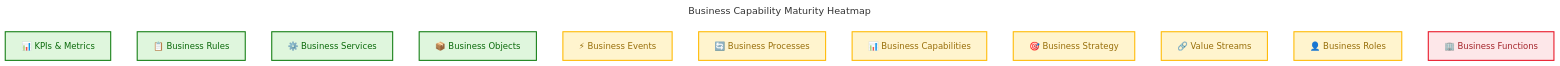
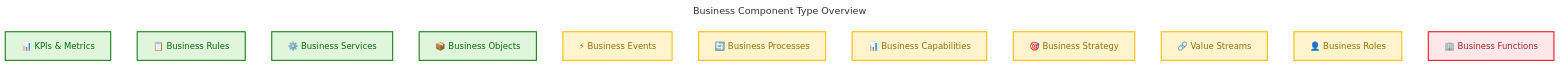
One commit to Evilazaro/Azure-LogicApps-Monitoring changed the third of 7 diagrams in docs/architecture/business-architecture.md. Above: the diagram before and after it, drawn with Mermaid. The commit also changed other lines of this file, not shown here.

Commit message:
Refactor business architecture documentation for consistency and clarity

````diff
--- a/docs/architecture/business-architecture.md
+++ b/docs/architecture/business-architecture.md
@@ -331,45 +331,45 @@
 ```mermaid
 ---
-title: Business Capability Maturity Heatmap
+title: Business Component Type Overview
 config:
   theme: base
   look: classic
   layout: dagre
   themeVariables:
     fontSize: '16px'
 ---
 flowchart TB
-    accTitle: Business Capability Maturity Heatmap
-    accDescr: Visual heatmap showing maturity levels across all 11 business component types using color-coded indicators
+    accTitle: Business Component Type Overview
+    accDescr: Visual overview of all 11 business component types with coverage indicators
 
     %% ═══════════════════════════════════════════════════════════════════════════
     %% AZURE / FLUENT ARCHITECTURE PATTERN v1.1
     %% (Semantic + Structural + Font + Accessibility Governance)
     %% ═══════════════════════════════════════════════════════════════════════════
     %% PHASE 1 - STRUCTURAL: Direction explicit, flat topology, nesting ≤ 3
     %% PHASE 2 - SEMANTIC: Colors justified, max 5 semantic classes, neutral-first
     %% PHASE 3 - FONT: Dark text on light backgrounds, contrast ≥ 4.5:1
     %% PHASE 4 - ACCESSIBILITY: accTitle/accDescr present, icons on all nodes
     %% PHASE 5 - STANDARD: Governance block present, classDefs centralized
     %% ═══════════════════════════════════════════════════════════════════════════
 
     KPI["📊 KPIs & Metrics"]:::success
     BR["📋 Business Rules"]:::success
     BS["⚙️ Business Services"]:::success
     BO["📦 Business Objects"]:::success
     BE["⚡ Business Events"]:::warning
     BP["🔄 Business Processes"]:::warning
     BC["📊 Business Capabilities"]:::warning
     ST["🎯 Business Strategy"]:::warning
     VS["🔗 Value Streams"]:::warning
     RA["👤 Business Roles"]:::warning
     BF["🏢 Business Functions"]:::danger
 
     classDef neutral fill:#FAFAFA,stroke:#8A8886,stroke-width:2px,color:#323130
     classDef core fill:#DEECF9,stroke:#0078D4,stroke-width:2px,color:#004578
     classDef success fill:#DFF6DD,stroke:#107C10,stroke-width:2px,color:#0B6A0B
     classDef warning fill:#FFF4CE,stroke:#FFB900,stroke-width:2px,color:#986F0B
     classDef danger fill:#FDE7E9,stroke:#E81123,stroke-width:2px,color:#A4262C
     classDef data fill:#E1DFDD,stroke:#8378DE,stroke-width:2px,color:#5B5FC7
     classDef external fill:#F3F2F1,stroke:#605E5C,stroke-width:2px,color:#323130
 ```
````
